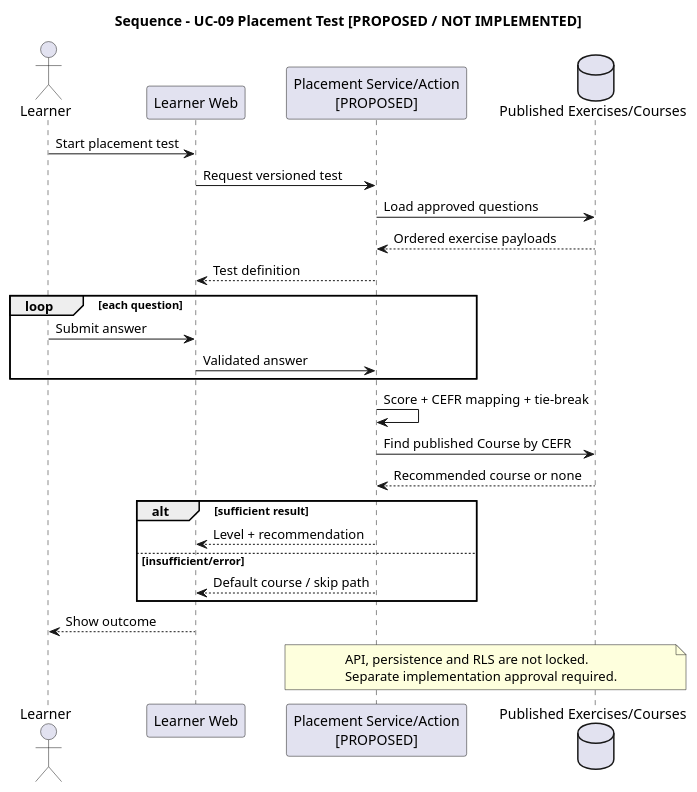
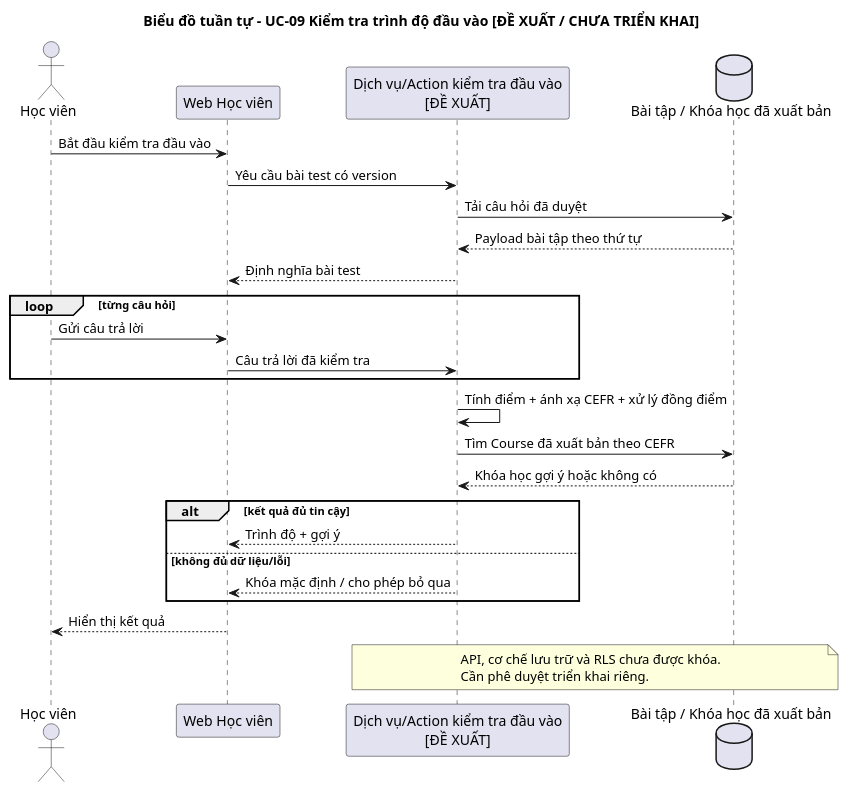
The diagram in docs/plantuml/sequence-placement-test.puml (PhamNguyenThanhTung/lingora-workspace), drawn with PlantUML before and after one commit. The commit also changed 25 other files, not shown here.

Commit message:
docs: vietnamize PlantUML diagrams

```diff
--- a/docs/plantuml/sequence-placement-test.puml
+++ b/docs/plantuml/sequence-placement-test.puml
@@ -1,31 +1,31 @@
 @startuml
-title Sequence - UC-09 Placement Test [PROPOSED / NOT IMPLEMENTED]
+title Biểu đồ tuần tự - UC-09 Kiểm tra trình độ đầu vào [ĐỀ XUẤT / CHƯA TRIỂN KHAI]
 skinparam shadowing false
-actor Learner
-participant "Learner Web" as Web
-participant "Placement Service/Action\n[PROPOSED]" as Placement
-database "Published Exercises/Courses" as DB
+actor "Học viên" as Learner
+participant "Web Học viên" as Web
+participant "Dịch vụ/Action kiểm tra đầu vào\n[ĐỀ XUẤT]" as Placement
+database "Bài tập / Khóa học đã xuất bản" as DB
 
-Learner -> Web: Start placement test
-Web -> Placement: Request versioned test
-Placement -> DB: Load approved questions
-DB --> Placement: Ordered exercise payloads
-Placement --> Web: Test definition
-loop each question
-  Learner -> Web: Submit answer
-  Web -> Placement: Validated answer
+Learner -> Web: Bắt đầu kiểm tra đầu vào
+Web -> Placement: Yêu cầu bài test có version
+Placement -> DB: Tải câu hỏi đã duyệt
+DB --> Placement: Payload bài tập theo thứ tự
+Placement --> Web: Định nghĩa bài test
+loop từng câu hỏi
+  Learner -> Web: Gửi câu trả lời
+  Web -> Placement: Câu trả lời đã kiểm tra
 end
-Placement -> Placement: Score + CEFR mapping + tie-break
-Placement -> DB: Find published Course by CEFR
-DB --> Placement: Recommended course or none
-alt sufficient result
-  Placement --> Web: Level + recommendation
-else insufficient/error
-  Placement --> Web: Default course / skip path
+Placement -> Placement: Tính điểm + ánh xạ CEFR + xử lý đồng điểm
+Placement -> DB: Tìm Course đã xuất bản theo CEFR
+DB --> Placement: Khóa học gợi ý hoặc không có
+alt kết quả đủ tin cậy
+  Placement --> Web: Trình độ + gợi ý
+else không đủ dữ liệu/lỗi
+  Placement --> Web: Khóa mặc định / cho phép bỏ qua
 end
-Web --> Learner: Show outcome
+Web --> Learner: Hiển thị kết quả
 note over Placement,DB
-  API, persistence and RLS are not locked.
-  Separate implementation approval required.
+  API, cơ chế lưu trữ và RLS chưa được khóa.
+  Cần phê duyệt triển khai riêng.
 end note
 @enduml
```
